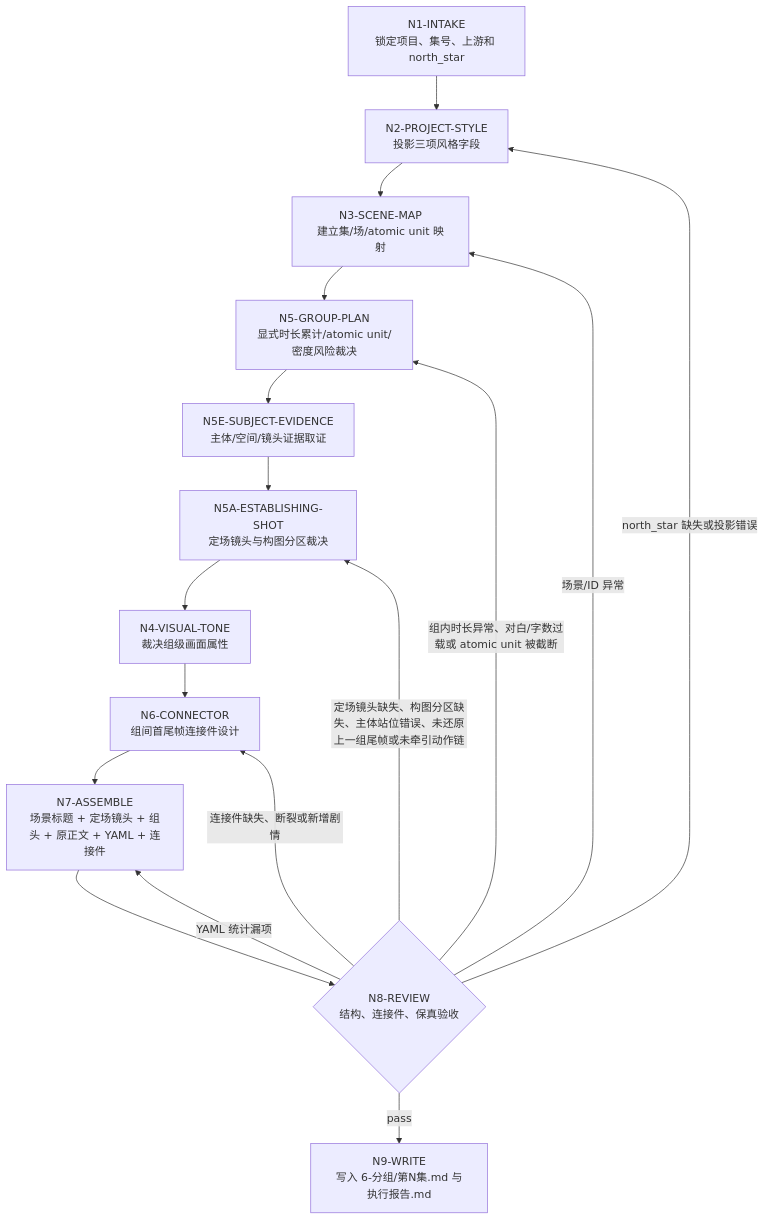
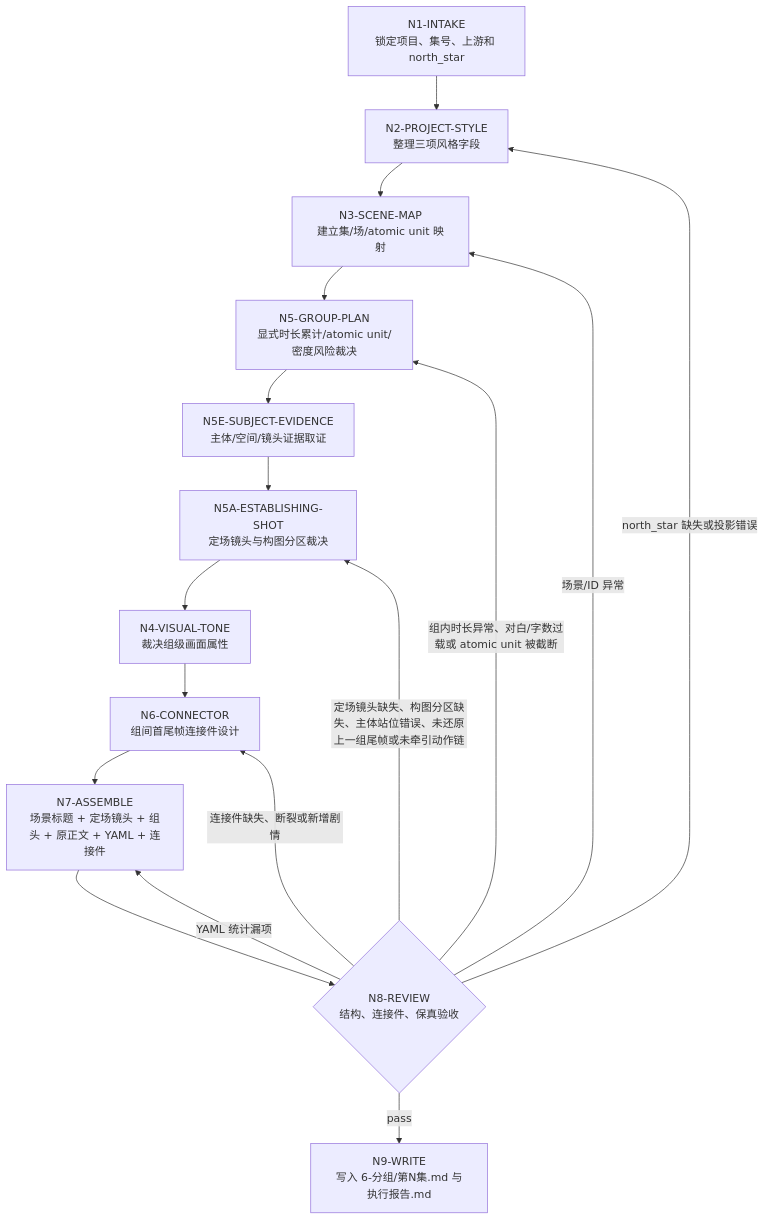
One commit to ZEN-VOID/AI-CUT changed the first of 3 diagrams in .agents/skills/aigc/6-分组/steps/grouping-workflow.md. Above: the diagram before and after it, drawn with Mermaid. The commit also changed other lines of this file and 36 other files, not shown here.

````diff
--- a/.agents/skills/aigc/6-分组/steps/grouping-workflow.md
+++ b/.agents/skills/aigc/6-分组/steps/grouping-workflow.md
@@ -19,19 +19,19 @@
 ```mermaid
 flowchart TD
-    N1["N1-INTAKE<br/>锁定项目、集号、上游和 north_star"] --> N2["N2-PROJECT-STYLE<br/>投影三项风格字段"]
+    N1["N1-INTAKE<br/>锁定项目、集号、上游和 north_star"] --> N2["N2-PROJECT-STYLE<br/>整理三项风格字段"]
     N2 --> N3["N3-SCENE-MAP<br/>建立集/场/atomic unit 映射"]
     N3 --> N5["N5-GROUP-PLAN<br/>显式时长累计/atomic unit/密度风险裁决"]
     N5 --> N5E["N5E-SUBJECT-EVIDENCE<br/>主体/空间/镜头证据取证"]
     N5E --> N5A["N5A-ESTABLISHING-SHOT<br/>定场镜头与构图分区裁决"]
     N5A --> N4["N4-VISUAL-TONE<br/>裁决组级画面属性"]
     N4 --> N6["N6-CONNECTOR<br/>组间首尾帧连接件设计"]
     N6 --> N7["N7-ASSEMBLE<br/>场景标题 + 定场镜头 + 组头 + 原正文 + YAML + 连接件"]
     N7 --> N8{"N8-REVIEW<br/>结构、连接件、保真验收"}
     N8 -->|"pass"| N9["N9-WRITE<br/>写入 6-分组/第N集.md 与执行报告.md"]
     N8 -->|"north_star 缺失或投影错误"| N2
     N8 -->|"场景/ID 异常"| N3
     N8 -->|"组内时长异常、对白/字数过载或 atomic unit 被截断"| N5
     N8 -->|"定场镜头缺失、构图分区缺失、主体站位错误、未还原上一组尾帧或未牵引动作链"| N5A
     N8 -->|"连接件缺失、断裂或新增剧情"| N6
     N8 -->|"YAML 统计漏项"| N7
 ```
````
